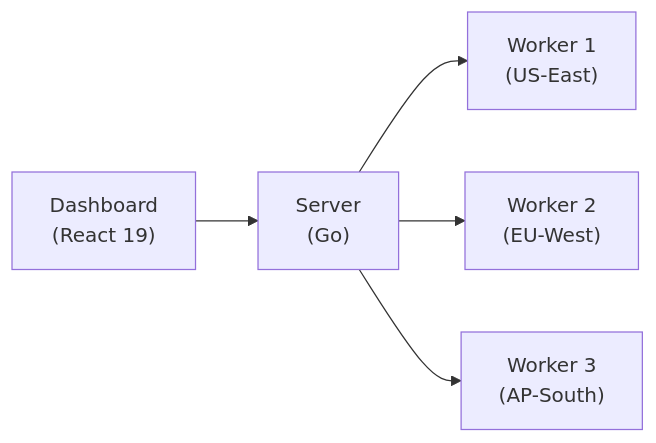
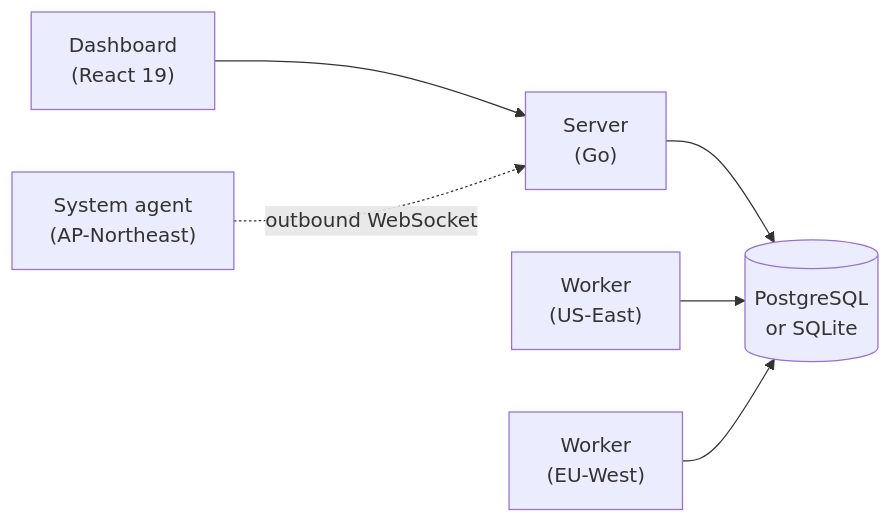
One commit to fclairamb/solidping changed the diagram in web/docs/docs/intro.md. Above: the diagram before and after it, drawn with Mermaid. The commit also changed other lines of this file and 299 other files, not shown here.

````diff
--- a/web/docs/docs/intro.md
+++ b/web/docs/docs/intro.md
@@ -39,7 +40,8 @@
 ```mermaid
 flowchart LR
     Dashboard["Dashboard<br/>(React 19)"] --> Server["Server<br/>(Go)"]
-    Server --> W1["Worker 1<br/>(US-East)"]
-    Server --> W2["Worker 2<br/>(EU-West)"]
-    Server --> W3["Worker 3<br/>(AP-South)"]
+    Server --> DB[("PostgreSQL<br/>or SQLite")]
+    W1["Worker<br/>(US-East)"] --> DB
+    W2["Worker<br/>(EU-West)"] --> DB
+    A1["System agent<br/>(AP-Northeast)"] -. "outbound WebSocket" .-> Server
 ```
````
